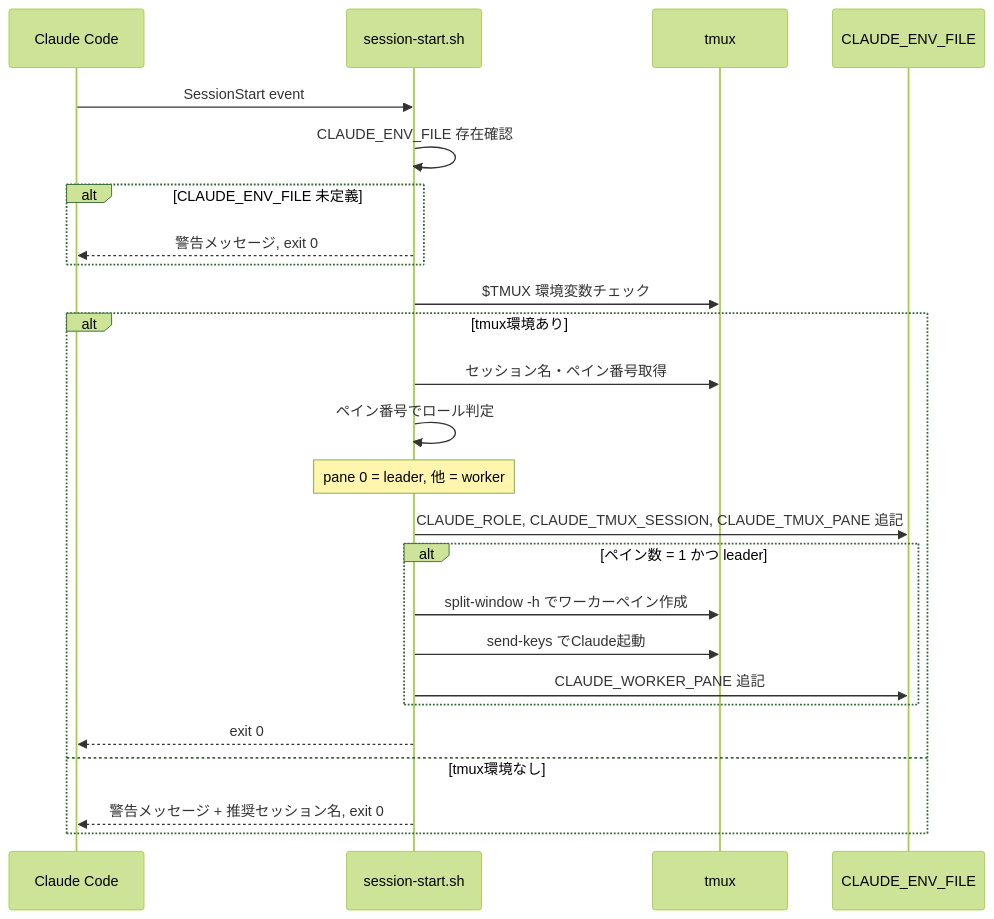
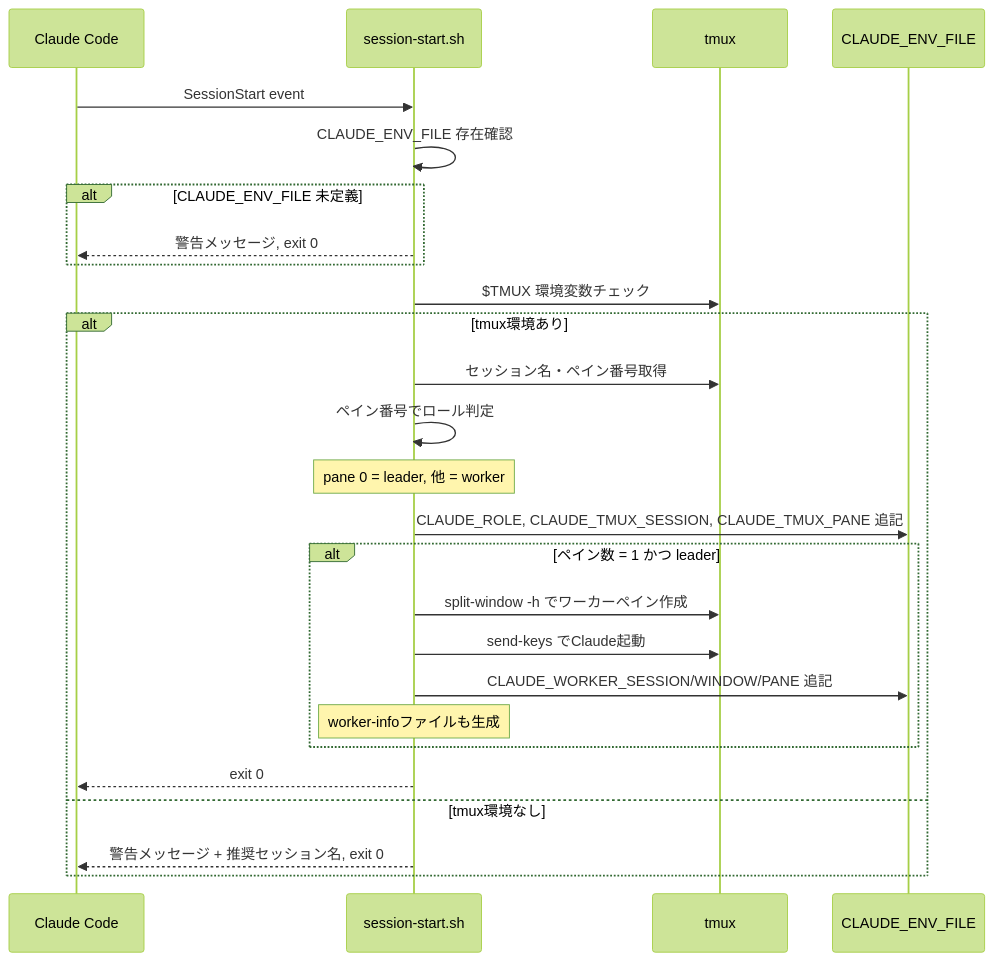
One commit to IsodaZen/cctmx-teams changed the second of 5 diagrams in .kiro/specs/plugin-ification/design.md. Above: the diagram before and after it, drawn with Mermaid (forest theme). The commit also changed other lines of this file and 5 other files, not shown here.

````diff
--- a/.kiro/specs/plugin-ification/design.md
+++ b/.kiro/specs/plugin-ification/design.md
@@ -103,28 +103,29 @@
 ```mermaid
 sequenceDiagram
     participant CC as Claude Code
     participant HS as session-start.sh
     participant TM as tmux
     participant EF as CLAUDE_ENV_FILE
 
     CC->>HS: SessionStart event
     HS->>HS: CLAUDE_ENV_FILE 存在確認
     alt CLAUDE_ENV_FILE 未定義
         HS-->>CC: 警告メッセージ, exit 0
     end
     HS->>TM: $TMUX 環境変数チェック
     alt tmux環境あり
         HS->>TM: セッション名・ペイン番号取得
         HS->>HS: ペイン番号でロール判定
         Note over HS: pane 0 = leader, 他 = worker
         HS->>EF: CLAUDE_ROLE, CLAUDE_TMUX_SESSION, CLAUDE_TMUX_PANE 追記
         alt ペイン数 = 1 かつ leader
             HS->>TM: split-window -h でワーカーペイン作成
             HS->>TM: send-keys でClaude起動
-            HS->>EF: CLAUDE_WORKER_PANE 追記
+            HS->>EF: CLAUDE_WORKER_SESSION/WINDOW/PANE 追記
+            Note over HS: worker-infoファイルも生成
         end
         HS-->>CC: exit 0
     else tmux環境なし
         HS-->>CC: 警告メッセージ + 推奨セッション名, exit 0
     end
 ```
````
